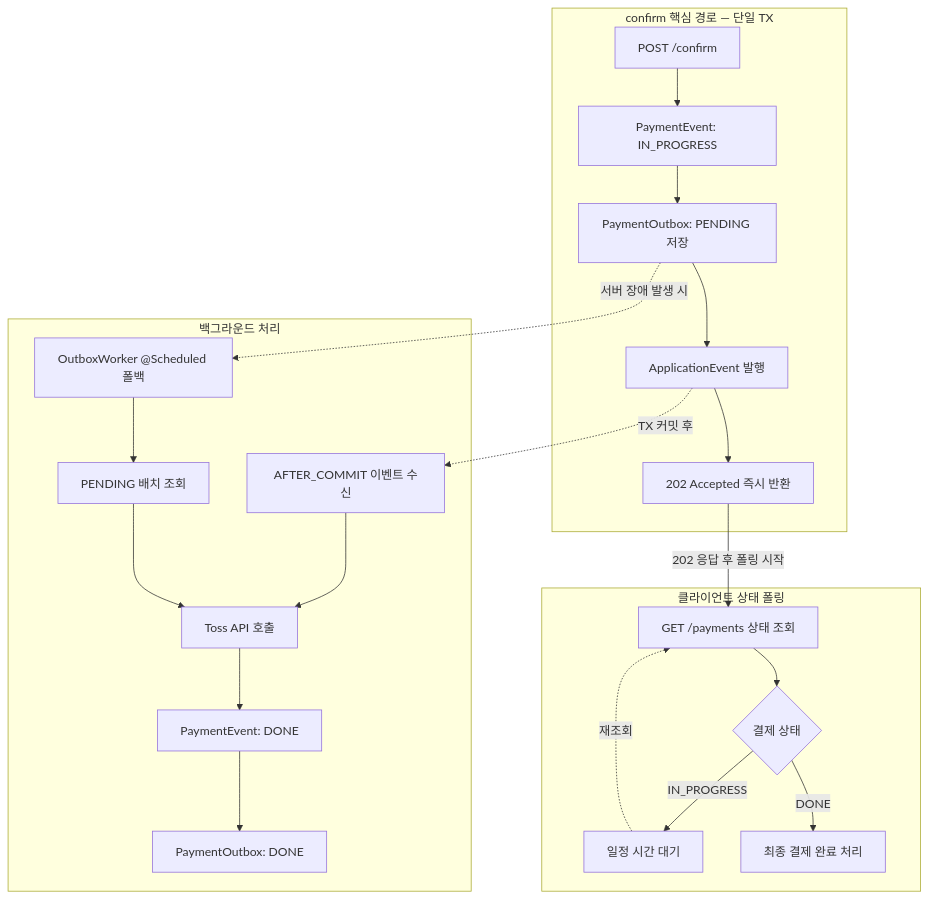
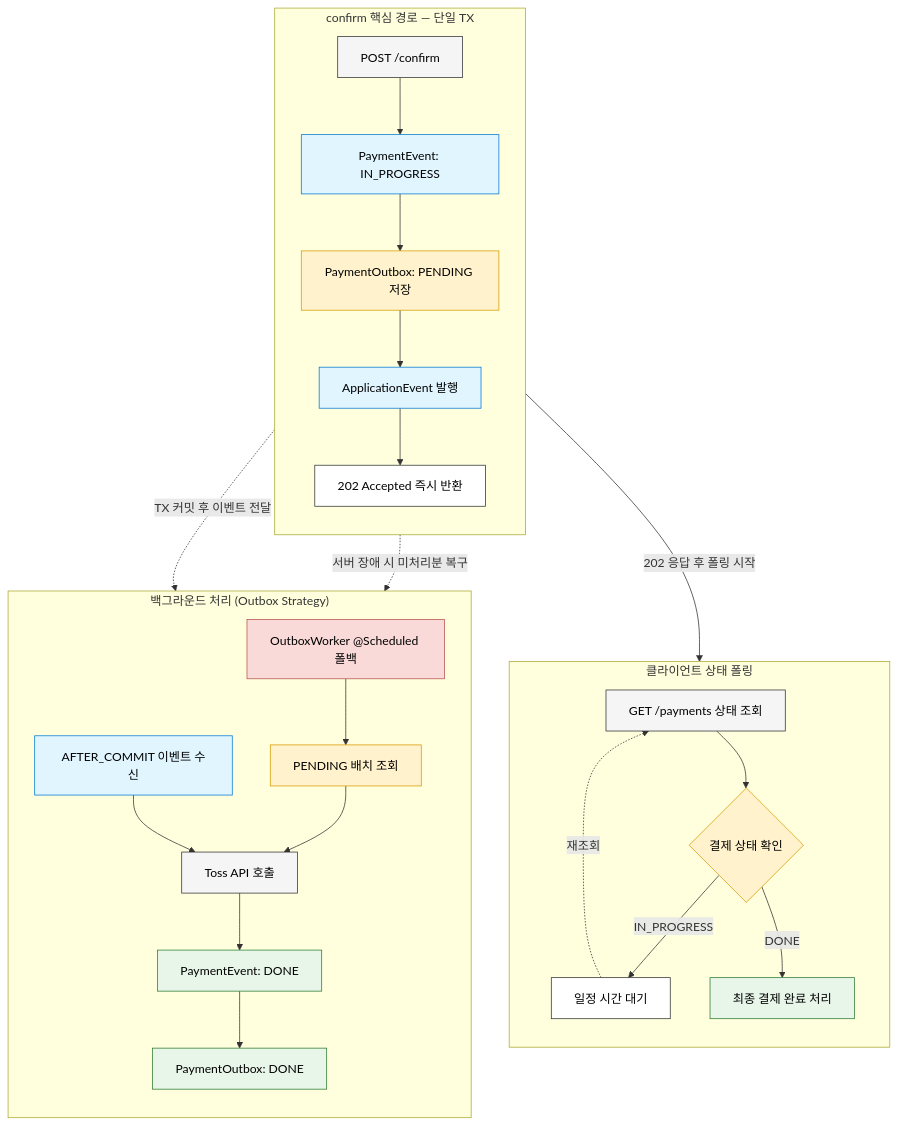
Before and after one commit to hyoguoo/hyoguoo.github.io: the third of 8 diagrams in src/content/docs/blog/async-payment-flow.md, drawn with Mermaid. The commit also changed other lines of this file and 7 other files, not shown here.

Commit message:
mod: 일부 다이어그램 사진에서 mermaid로 변경

````diff
--- a/src/content/docs/blog/async-payment-flow.md
+++ b/src/content/docs/blog/async-payment-flow.md
@@ -149,28 +149,41 @@
 ```mermaid
 graph TB
-    subgraph "confirm 핵심 경로 — 단일 TX"
-        A[POST /confirm] --> B[PaymentEvent: IN_PROGRESS]
-        B --> C[PaymentOutbox: PENDING 저장]
-        C --> D[ApplicationEvent 발행]
-        D --> E[202 Accepted 즉시 반환]
+%% 클래스 정의 (가독성 및 테마 대응 규칙 적용)
+    classDef main fill: #E1F5FF, stroke: #0078D4, color: #000
+    classDef pending fill: #FFF2CC, stroke: #D79B00, color: #000
+    classDef success fill: #E8F5E9, stroke: #2E7D32, color: #000
+    classDef external fill: #F5F5F5, stroke: #333, color: #000
+    classDef recovery fill: #FADAD8, stroke: #B85450, color: #000
+    classDef note fill: #FFFFFF, stroke: #333, color: #000
+
+    subgraph SyncPath ["confirm 핵심 경로 — 단일 TX"]
+        direction TB
+        A["POST /confirm"]:::external --> B["PaymentEvent: IN_PROGRESS"]:::main
+        B --> C["PaymentOutbox: PENDING 저장"]:::pending
+        C --> D["ApplicationEvent 발행"]:::main
+        D --> E["202 Accepted 즉시 반환"]:::note
     end
 
-    subgraph "클라이언트 상태 폴링"
-        P1[GET /payments 상태 조회] --> P2{결제 상태}
-        P2 -->|IN_PROGRESS| P3[일정 시간 대기]
+    subgraph Polling ["클라이언트 상태 폴링"]
+        direction TB
+        P1["GET /payments 상태 조회"]:::external --> P2{"결제 상태 확인"}:::pending
+        P2 -- " IN_PROGRESS " --> P3["일정 시간 대기"]:::note
         P3 -.->|재조회| P1
-        P2 -->|DONE| P4[최종 결제 완료 처리]
+        P2 -- " DONE " --> P4["최종 결제 완료 처리"]:::success
     end
 
-    subgraph "백그라운드 처리"
-        F[AFTER_COMMIT 이벤트 수신] --> G[Toss API 호출]
-        G --> H[PaymentEvent: DONE]
-        H --> I[PaymentOutbox: DONE]
-        J["OutboxWorker @Scheduled 폴백"] --> K[PENDING 배치 조회]
+    subgraph Background ["백그라운드 처리 (Outbox Strategy)"]
+        direction TB
+        F["AFTER_COMMIT 이벤트 수신"]:::main --> G["Toss API 호출"]:::external
+        G --> H["PaymentEvent: DONE"]:::success
+        H --> I["PaymentOutbox: DONE"]:::success
+    %% 폴백 및 복구 로직
+        J["OutboxWorker @Scheduled 폴백"]:::recovery --> K["PENDING 배치 조회"]:::pending
         K --> G
     end
 
+%% 컴포넌트 간 연결 로직
     E -->|" 202 응답 후 폴링 시작 "| P1
-    D -.->|TX 커밋 후| F
-    C -.->|서버 장애 발생 시| J
+    D -.->|" TX 커밋 후 이벤트 전달 "| F
+    C -.->|" 서버 장애 시 미처리분 복구 "| J
 ```
````
